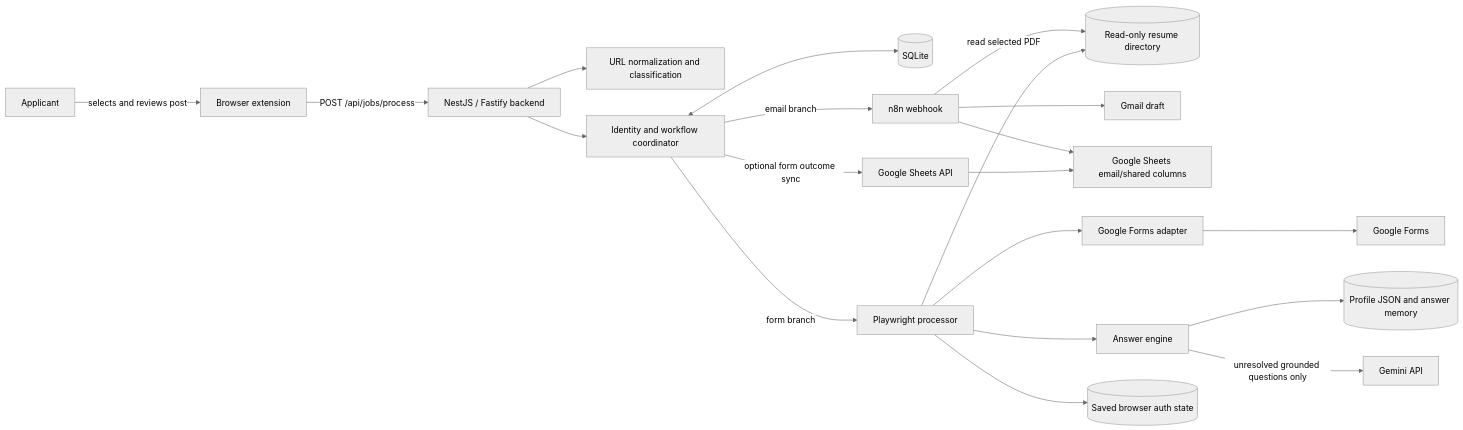
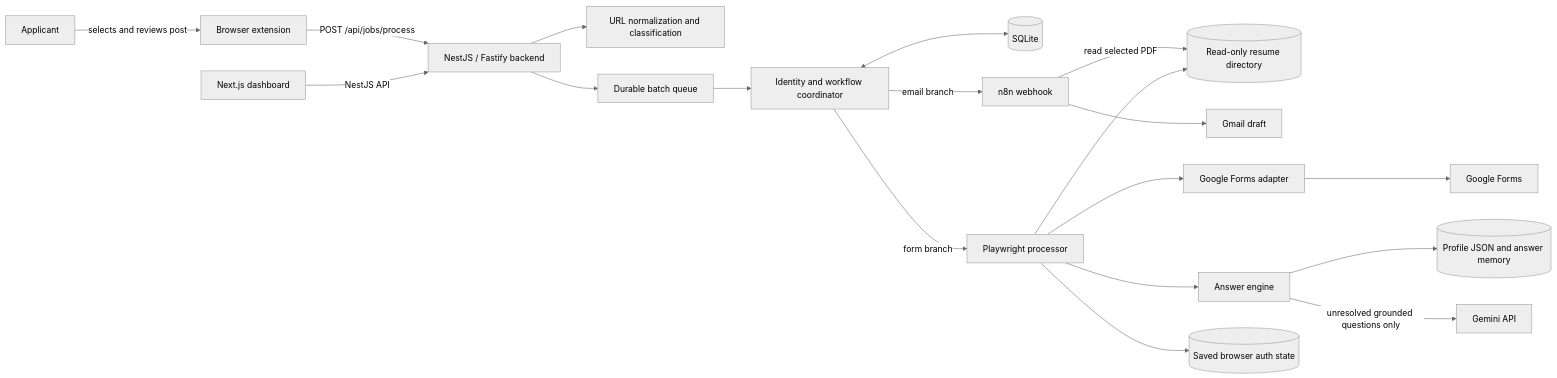
One commit to MuneebDevss/linkedin-job-automation changed the first of 3 diagrams in README.md. Above: the diagram before and after it, drawn with Mermaid (neutral theme). The commit also changed other lines of this file and 47 other files, not shown here.

````diff
--- a/README.md
+++ b/README.md
@@ -81,26 +82,25 @@
 ```mermaid
 flowchart LR
     U[Applicant] -->|selects and reviews post| E[Browser extension]
     E -->|POST /api/jobs/process| B[NestJS / Fastify backend]
 
     B --> URL[URL normalization and classification]
-    B --> ID[Identity and workflow coordinator]
+    B --> Q[Durable batch queue]
+    Q --> ID[Identity and workflow coordinator]
     ID <--> DB[(SQLite)]
+    D[Next.js dashboard] -->|NestJS API| B
 
     ID -->|email branch| N[n8n webhook]
     N -->|read selected PDF| R[(Read-only resume directory)]
     N --> G[Gmail draft]
-    N --> NS[Google Sheets email/shared columns]
 
     ID -->|form branch| P[Playwright processor]
     P --> A[Google Forms adapter]
     A --> GF[Google Forms]
     P --> AE[Answer engine]
     AE --> PF[(Profile JSON and answer memory)]
     AE -->|unresolved grounded questions only| GM[Gemini API]
     P --> R
     P --> AS[(Saved browser auth state)]
 
-    ID -->|optional form outcome sync| BS[Google Sheets API]
-    BS --> NS
 ```
````
